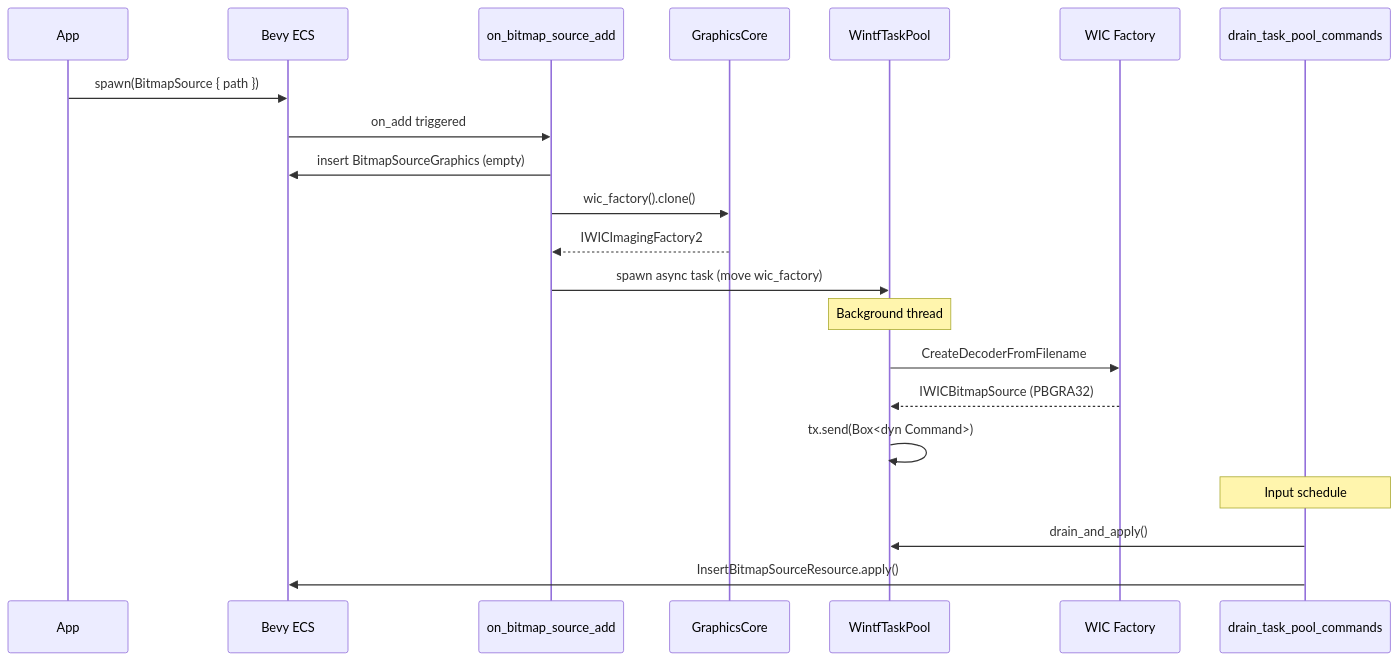
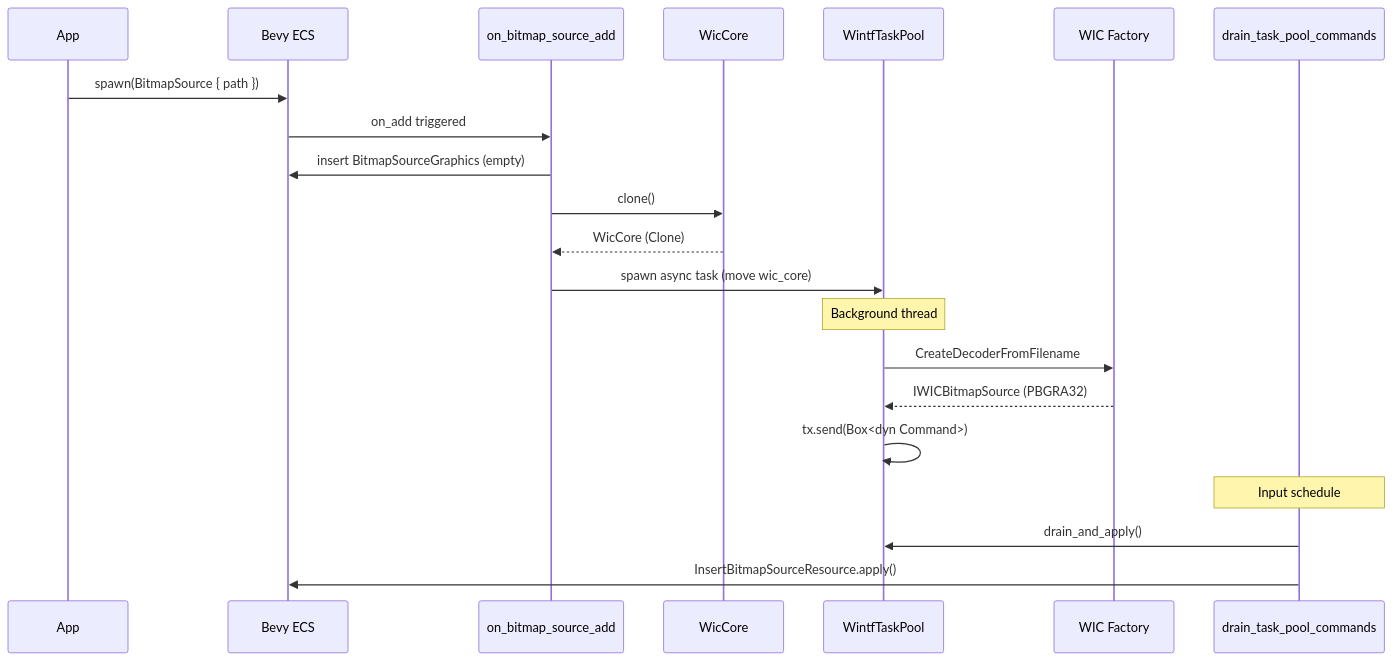
Before and after one commit to ekicyou/dcomp_sample-rs: the third of 6 diagrams in .kiro/specs/wintf-P0-image-widget/design.md, drawn with Mermaid. The commit also changed other lines of this file and 1 other file, not shown here.

First line of the commit message:
docs(spec): WicCoreをGraphicsCoreから分離、独立Resource化

````diff
--- a/.kiro/specs/wintf-P0-image-widget/design.md
+++ b/.kiro/specs/wintf-P0-image-widget/design.md
@@ -138,25 +138,25 @@
 ```mermaid
 sequenceDiagram
     participant App
     participant ECS as Bevy ECS
     participant Hook as on_bitmap_source_add
-    participant GC as GraphicsCore
+    participant WicCore as WicCore
     participant TP as WintfTaskPool
     participant WIC as WIC Factory
     participant Sys as drain_task_pool_commands
     
     App->>ECS: spawn(BitmapSource { path })
     ECS->>Hook: on_add triggered
     Hook->>ECS: insert BitmapSourceGraphics (empty)
-    Hook->>GC: wic_factory().clone()
-    GC-->>Hook: IWICImagingFactory2
-    Hook->>TP: spawn async task (move wic_factory)
+    Hook->>WicCore: clone()
+    WicCore-->>Hook: WicCore (Clone)
+    Hook->>TP: spawn async task (move wic_core)
     Note over TP: Background thread
     TP->>WIC: CreateDecoderFromFilename
     WIC-->>TP: IWICBitmapSource (PBGRA32)
     TP->>TP: tx.send(Box<dyn Command>)
     
     Note over Sys: Input schedule
     Sys->>TP: drain_and_apply()
     Sys->>ECS: InsertBitmapSourceResource.apply()
 ```
````
